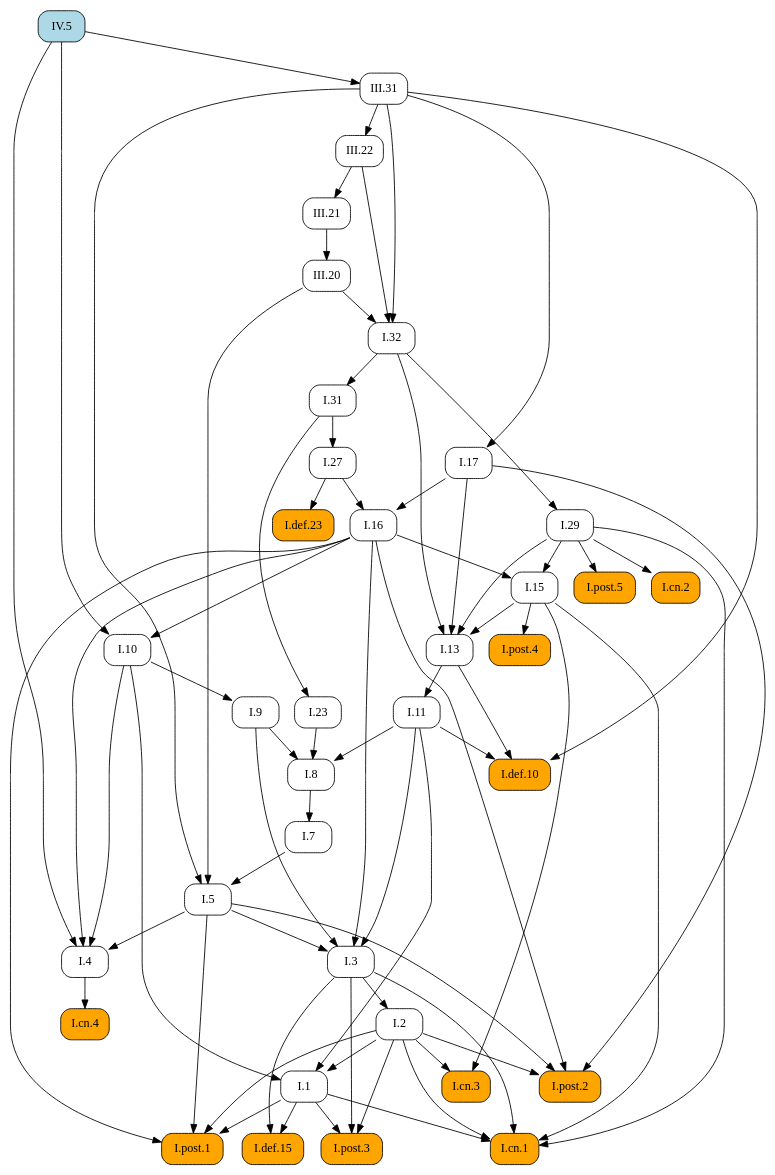
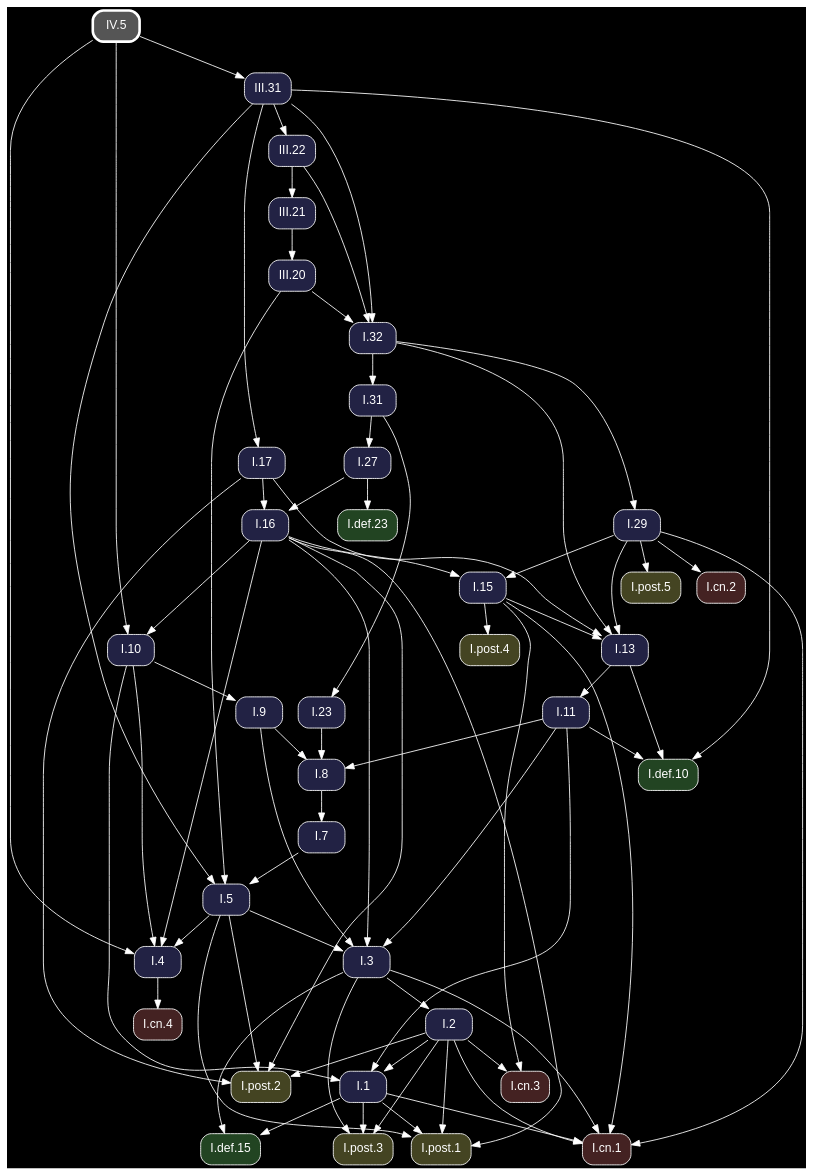
The diagram in docsrc/heath/IV/5/index.rst (geometor/elements), drawn with Graphviz before and after one commit. The commit also changed other lines of this file and 1200 other files, not shown here.

Commit message:
update dependency graphs

```diff
--- a/docsrc/heath/IV/5/index.rst
+++ b/docsrc/heath/IV/5/index.rst
@@ -73,65 +73,50 @@
 .. graphviz::
 
    digraph {
+     bgcolor="black";
+     node [shape=box, style="rounded,filled", fontname="Helvetica", color="white", fontcolor="white"];
+     edge [color="white", fontcolor="white"];
      rankdir="TB";
-     node [shape=box, style=rounded];
-     "I.23" [URL="/heath/I/23/", target="_top"];
-     "I.9" [URL="/heath/I/9/", target="_top"];
-     "I.32" [URL="/heath/I/32/", target="_top"];
-     "I.def.15" [style="rounded,filled", fillcolor=orange, URL="/heath/I/def.15/", target="_top"];
-     "I.post.3" [style="rounded,filled", fillcolor=orange, URL="/heath/I/post.3/", target="_top"];
-     "I.post.1" [style="rounded,filled", fillcolor=orange, URL="/heath/I/post.1/", target="_top"];
-     "III.20" [URL="/heath/III/20/", target="_top"];
-     "I.31" [URL="/heath/I/31/", target="_top"];
-     "III.22" [URL="/heath/III/22/", target="_top"];
-     "I.def.10" [style="rounded,filled", fillcolor=orange, URL="/heath/I/def.10/", target="_top"];
-     "I.27" [URL="/heath/I/27/", target="_top"];
-     "I.3" [URL="/heath/I/3/", target="_top"];
-     "I.cn.1" [style="rounded,filled", fillcolor=orange, URL="/heath/I/cn.1/", target="_top"];
-     "I.7" [URL="/heath/I/7/", target="_top"];
-     "I.2" [URL="/heath/I/2/", target="_top"];
-     "I.13" [URL="/heath/I/13/", target="_top"];
-     "I.post.4" [style="rounded,filled", fillcolor=orange, URL="/heath/I/post.4/", target="_top"];
-     "I.4" [URL="/heath/I/4/", target="_top"];
-     "I.1" [URL="/heath/I/1/", target="_top"];
-     "I.5" [URL="/heath/I/5/", target="_top"];
-     "I.8" [URL="/heath/I/8/", target="_top"];
-     "I.17" [URL="/heath/I/17/", target="_top"];
-     "I.29" [URL="/heath/I/29/", target="_top"];
-     "I.cn.3" [style="rounded,filled", fillcolor=orange, URL="/heath/I/cn.3/", target="_top"];
-     "I.16" [URL="/heath/I/16/", target="_top"];
-     "III.31" [URL="/heath/III/31/", target="_top"];
-     "I.15" [URL="/heath/I/15/", target="_top"];
-     "I.10" [URL="/heath/I/10/", target="_top"];
-     "I.11" [URL="/heath/I/11/", target="_top"];
-     "I.def.23" [style="rounded,filled", fillcolor=orange, URL="/heath/I/def.23/", target="_top"];
-     "I.cn.2" [style="rounded,filled", fillcolor=orange, URL="/heath/I/cn.2/", target="_top"];
-     "I.post.5" [style="rounded,filled", fillcolor=orange, URL="/heath/I/post.5/", target="_top"];
-     "I.cn.4" [style="rounded,filled", fillcolor=orange, URL="/heath/I/cn.4/", target="_top"];
-     "III.21" [URL="/heath/III/21/", target="_top"];
-     "I.post.2" [style="rounded,filled", fillcolor=orange, URL="/heath/I/post.2/", target="_top"];
-     "IV.5" [style="rounded,filled", fillcolor=lightblue, URL="/heath/IV/5/", target="_top"];
-     "I.31" -> "I.23";
-     "I.10" -> "I.9";
+     "I.31" [fillcolor="#222244", URL="/heath/I/31/", target="_top"];
+     "I.32" [fillcolor="#222244", URL="/heath/I/32/", target="_top"];
+     "I.3" [fillcolor="#222244", URL="/heath/I/3/", target="_top"];
+     "I.cn.1" [fillcolor="#442222", URL="/heath/I/cn.1/", target="_top"];
+     "I.def.10" [fillcolor="#224422", URL="/heath/I/def.10/", target="_top"];
+     "I.15" [fillcolor="#222244", URL="/heath/I/15/", target="_top"];
+     "I.13" [fillcolor="#222244", URL="/heath/I/13/", target="_top"];
+     "I.27" [fillcolor="#222244", URL="/heath/I/27/", target="_top"];
+     "I.2" [fillcolor="#222244", URL="/heath/I/2/", target="_top"];
+     "I.cn.2" [fillcolor="#442222", URL="/heath/I/cn.2/", target="_top"];
+     "I.9" [fillcolor="#222244", URL="/heath/I/9/", target="_top"];
+     "I.1" [fillcolor="#222244", URL="/heath/I/1/", target="_top"];
+     "I.post.5" [fillcolor="#444422", URL="/heath/I/post.5/", target="_top"];
+     "I.post.4" [fillcolor="#444422", URL="/heath/I/post.4/", target="_top"];
+     "I.23" [fillcolor="#222244", URL="/heath/I/23/", target="_top"];
+     "I.8" [fillcolor="#222244", URL="/heath/I/8/", target="_top"];
+     "I.4" [fillcolor="#222244", URL="/heath/I/4/", target="_top"];
+     "I.7" [fillcolor="#222244", URL="/heath/I/7/", target="_top"];
+     "I.5" [fillcolor="#222244", URL="/heath/I/5/", target="_top"];
+     "I.10" [fillcolor="#222244", URL="/heath/I/10/", target="_top"];
+     "IV.5" [penwidth=3, color="white", fillcolor="#555555", URL="/heath/IV/5/", target="_top"];
+     "III.22" [fillcolor="#222244", URL="/heath/III/22/", target="_top"];
+     "I.post.1" [fillcolor="#444422", URL="/heath/I/post.1/", target="_top"];
+     "I.11" [fillcolor="#222244", URL="/heath/I/11/", target="_top"];
+     "I.16" [fillcolor="#222244", URL="/heath/I/16/", target="_top"];
+     "I.cn.3" [fillcolor="#442222", URL="/heath/I/cn.3/", target="_top"];
+     "III.21" [fillcolor="#222244", URL="/heath/III/21/", target="_top"];
+     "I.post.2" [fillcolor="#444422", URL="/heath/I/post.2/", target="_top"];
+     "I.29" [fillcolor="#222244", URL="/heath/I/29/", target="_top"];
+     "I.cn.4" [fillcolor="#442222", URL="/heath/I/cn.4/", target="_top"];
+     "I.def.23" [fillcolor="#224422", URL="/heath/I/def.23/", target="_top"];
+     "III.31" [fillcolor="#222244", URL="/heath/III/31/", target="_top"];
+     "I.post.3" [fillcolor="#444422", URL="/heath/I/post.3/", target="_top"];
+     "III.20" [fillcolor="#222244", URL="/heath/III/20/", target="_top"];
+     "I.def.15" [fillcolor="#224422", URL="/heath/I/def.15/", target="_top"];
+     "I.17" [fillcolor="#222244", URL="/heath/I/17/", target="_top"];
+     "I.32" -> "I.31";
      "III.20" -> "I.32";
      "III.22" -> "I.32";
      "III.31" -> "I.32";
-     "I.1" -> "I.def.15";
-     "I.3" -> "I.def.15";
-     "I.1" -> "I.post.3";
-     "I.2" -> "I.post.3";
-     "I.3" -> "I.post.3";
-     "I.1" -> "I.post.1";
-     "I.2" -> "I.post.1";
-     "I.5" -> "I.post.1";
-     "I.16" -> "I.post.1";
-     "III.21" -> "III.20";
-     "I.32" -> "I.31";
-     "III.31" -> "III.22";
-     "I.11" -> "I.def.10";
-     "I.13" -> "I.def.10";
-     "III.31" -> "I.def.10";
-     "I.31" -> "I.27";
      "I.5" -> "I.3";
      "I.9" -> "I.3";
      "I.11" -> "I.3";
@@ -141,45 +126,62 @@
      "I.3" -> "I.cn.1";
      "I.15" -> "I.cn.1";
      "I.29" -> "I.cn.1";
-     "I.8" -> "I.7";
-     "I.3" -> "I.2";
+     "I.11" -> "I.def.10";
+     "I.13" -> "I.def.10";
+     "III.31" -> "I.def.10";
+     "I.16" -> "I.15";
+     "I.29" -> "I.15";
      "I.15" -> "I.13";
      "I.17" -> "I.13";
      "I.29" -> "I.13";
      "I.32" -> "I.13";
+     "I.31" -> "I.27";
+     "I.3" -> "I.2";
+     "I.29" -> "I.cn.2";
+     "I.10" -> "I.9";
+     "I.2" -> "I.1";
+     "I.10" -> "I.1";
+     "I.11" -> "I.1";
+     "I.29" -> "I.post.5";
      "I.15" -> "I.post.4";
+     "I.31" -> "I.23";
+     "I.9" -> "I.8";
+     "I.11" -> "I.8";
+     "I.23" -> "I.8";
      "I.5" -> "I.4";
      "I.10" -> "I.4";
      "I.16" -> "I.4";
      "IV.5" -> "I.4";
-     "I.2" -> "I.1";
-     "I.10" -> "I.1";
-     "I.11" -> "I.1";
+     "I.8" -> "I.7";
      "I.7" -> "I.5";
      "III.20" -> "I.5";
      "III.31" -> "I.5";
-     "I.9" -> "I.8";
-     "I.11" -> "I.8";
-     "I.23" -> "I.8";
-     "III.31" -> "I.17";
-     "I.32" -> "I.29";
+     "I.16" -> "I.10";
+     "IV.5" -> "I.10";
+     "III.31" -> "III.22";
+     "I.1" -> "I.post.1";
+     "I.2" -> "I.post.1";
+     "I.5" -> "I.post.1";
+     "I.16" -> "I.post.1";
+     "I.13" -> "I.11";
+     "I.17" -> "I.16";
+     "I.27" -> "I.16";
      "I.2" -> "I.cn.3";
      "I.15" -> "I.cn.3";
-     "I.17" -> "I.16";
-     "I.27" -> "I.16";
-     "IV.5" -> "III.31";
-     "I.16" -> "I.15";
-     "I.29" -> "I.15";
-     "I.16" -> "I.10";
-     "IV.5" -> "I.10";
-     "I.13" -> "I.11";
-     "I.27" -> "I.def.23";
-     "I.29" -> "I.cn.2";
-     "I.29" -> "I.post.5";
-     "I.4" -> "I.cn.4";
      "III.22" -> "III.21";
      "I.2" -> "I.post.2";
      "I.5" -> "I.post.2";
      "I.16" -> "I.post.2";
      "I.17" -> "I.post.2";
+     "I.32" -> "I.29";
+     "I.4" -> "I.cn.4";
+     "I.27" -> "I.def.23";
+     "IV.5" -> "III.31";
+     "I.1" -> "I.post.3";
+     "I.2" -> "I.post.3";
+     "I.3" -> "I.post.3";
+     "III.21" -> "III.20";
+     "I.1" -> "I.def.15";
+     "I.3" -> "I.def.15";
+     "III.31" -> "I.17";
    }
```
